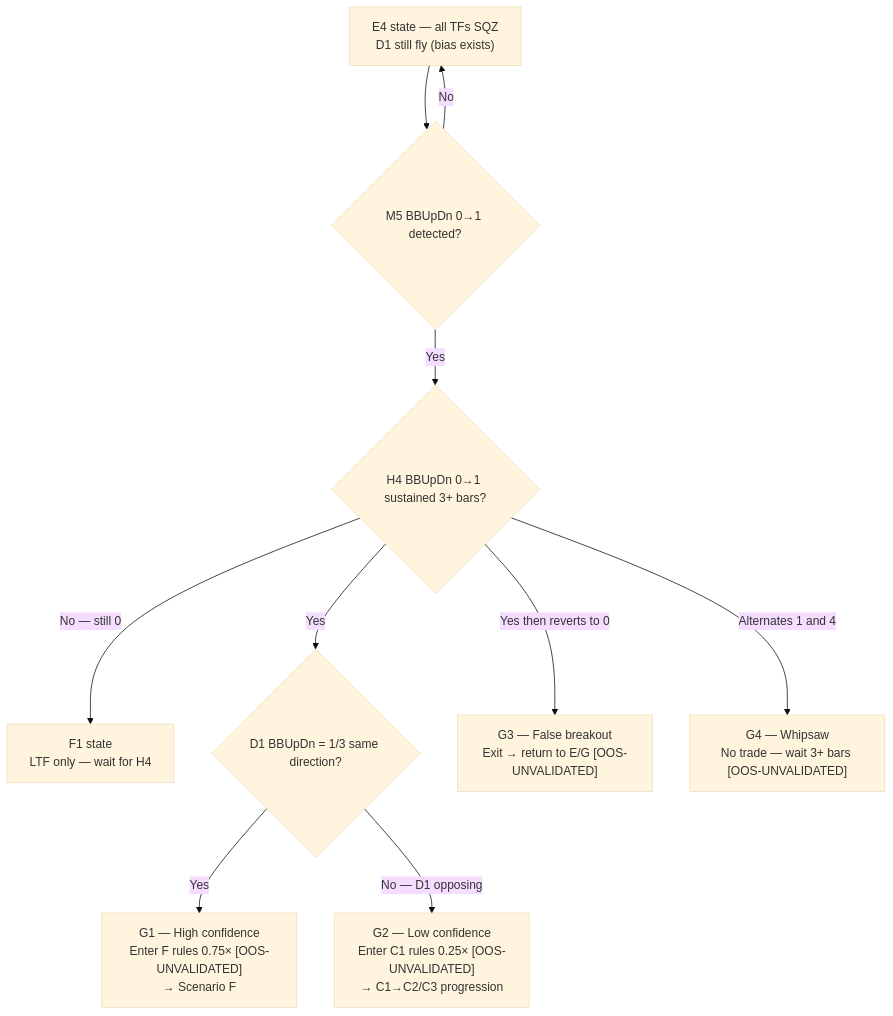
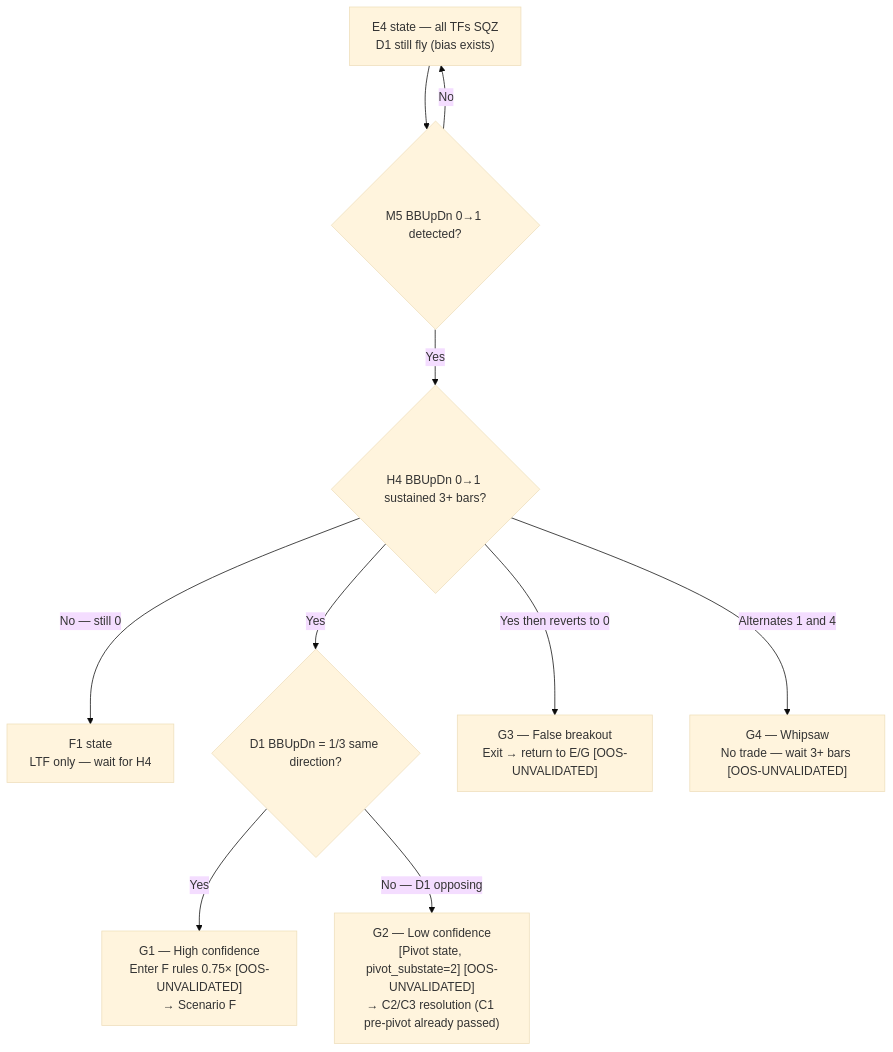
One commit to Terrypang89/BB_MTF_M15_STRATEGY changed diagram 28 of 29 in references/backtest_chart_analysis.md. Above: the diagram before and after it, drawn with Mermaid (base theme). The commit also changed other lines of this file and 1 other file, not shown here.

First line of the commit message:
Re-time C1 as pre-pivot divergence state with tier-placement note

````diff
--- a/references/backtest_chart_analysis.md
+++ b/references/backtest_chart_analysis.md
@@ -3816,13 +3840,13 @@
 ```mermaid
 flowchart TD
     A["E4 state — all TFs SQZ\nD1 still fly (bias exists)"]
     A --> B{"M5 BBUpDn 0→1 detected?"}
     B -->|No| A
     B -->|Yes| C{"H4 BBUpDn 0→1 sustained 3+ bars?"}
     C -->|No — still 0| D["F1 state\nLTF only — wait for H4"]
     C -->|Yes| E{"D1 BBUpDn = 1/3 same direction?"}
     E -->|Yes| F["G1 — High confidence\nEnter F rules 0.75× [OOS-UNVALIDATED]\n→ Scenario F"]
-    E -->|No — D1 opposing| G_node["G2 — Low confidence\nEnter C1 rules 0.25× [OOS-UNVALIDATED]\n→ C1→C2/C3 progression"]
+    E -->|No — D1 opposing| G_node["G2 — Low confidence\n[Pivot state, pivot_substate=2] [OOS-UNVALIDATED]\n→ C2/C3 resolution (C1 pre-pivot already passed)"]
     C -->|Yes then reverts to 0| H_node["G3 — False breakout\nExit → return to E/G [OOS-UNVALIDATED]"]
     C -->|Alternates 1 and 4| I_node["G4 — Whipsaw\nNo trade — wait 3+ bars [OOS-UNVALIDATED]"]
 ```
````
